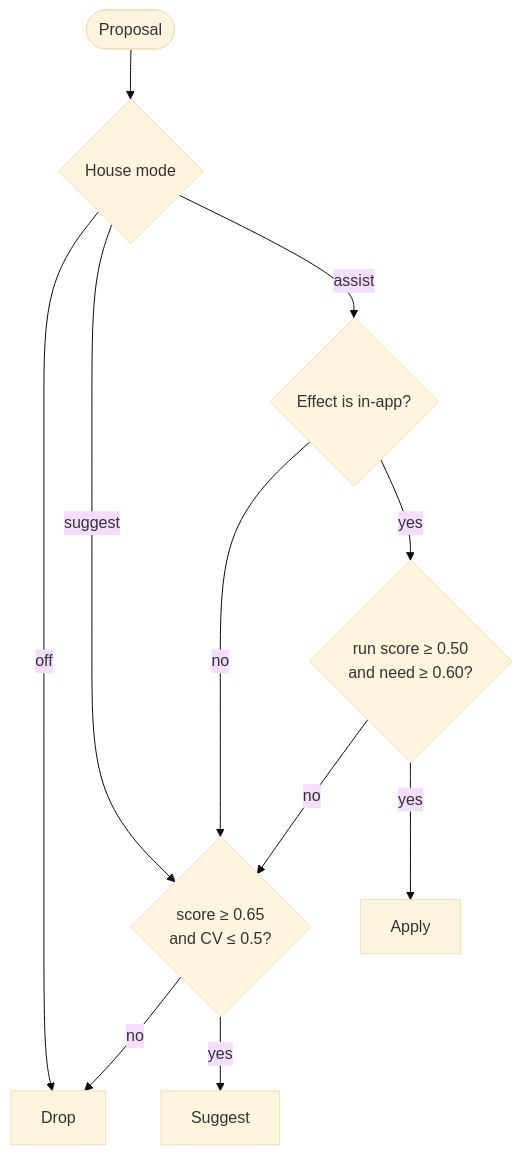
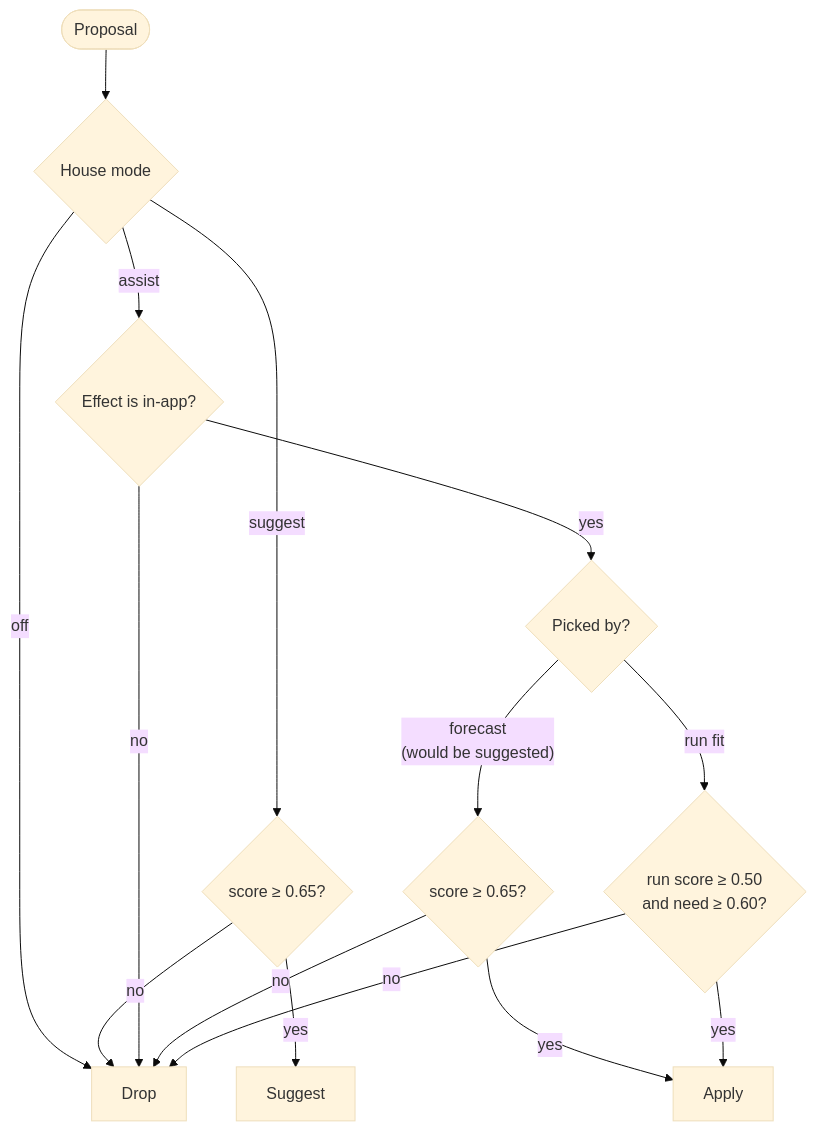
One commit to janvillarosa/gracie-app changed the fourth of 11 diagrams in docs/superpowers/plans/2026-10-17-autopilot-engine.md. Above: the diagram before and after it, drawn with Mermaid (base theme). The commit also changed other lines of this file and 18 other files, not shown here.

First line of the commit message:
feat(autopilot): exclusive modes; assist adds what it would have suggested

````diff
--- a/docs/superpowers/plans/2026-10-17-autopilot-engine.md
+++ b/docs/superpowers/plans/2026-10-17-autopilot-engine.md
@@ -279,13 +285,17 @@
 ```mermaid
 flowchart TD
     P([Proposal]) --> M{House mode}
     M -- off --> DROP[Drop]
-    M -- suggest --> B1{"score ≥ 0.65<br/>and CV ≤ 0.5?"}
+    M -- suggest --> B1{"score ≥ 0.65?"}
     M -- assist --> E{"Effect is in-app?"}
     B1 -- no --> DROP
     B1 -- yes --> SUG[Suggest]
-    E -- no --> B1
-    E -- yes --> B3{"run score ≥ 0.50<br/>and need ≥ 0.60?"}
-    B3 -- no --> B1
-    B3 -- yes --> APPLY[Apply]
+    E -- no --> DROP
+    E -- yes --> BASIS{"Picked by?"}
+    BASIS -- "forecast<br/>(would be suggested)" --> B2{"score ≥ 0.65?"}
+    BASIS -- run fit --> B3{"run score ≥ 0.50<br/>and need ≥ 0.60?"}
+    B2 -- yes --> APPLY[Apply]
+    B3 -- yes --> APPLY
+    B2 -- no --> DROP
+    B3 -- no --> DROP
 ```
````
